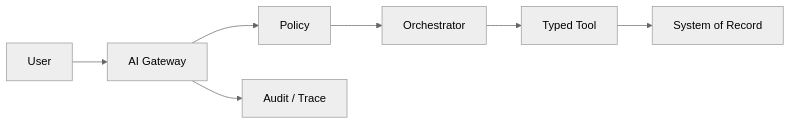
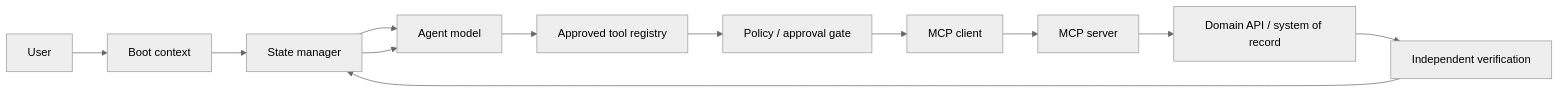
One commit to phasselbring/enterprise-ai-patterns changed the second of 3 diagrams in docs/architecture.md. Above: the diagram before and after it, drawn with Mermaid (neutral theme). The commit also changed other lines of this file and 44 other files, not shown here.

Commit message:
Add production RAG, agent, MCP, and evaluation patterns

````diff
--- a/docs/architecture.md
+++ b/docs/architecture.md
@@ -18,9 +23,14 @@
 ```mermaid
 flowchart LR
-    U[User] --> G[AI Gateway]
-    G --> P[Policy]
-    P --> O[Orchestrator]
-    O --> T[Typed Tool]
-    T --> S[System of Record]
-    G --> X[Audit / Trace]
+    U[User] --> B[Boot context]
+    B --> S[State manager]
+    S --> M[Agent model]
+    M --> TR[Approved tool registry]
+    TR --> P[Policy / approval gate]
+    P --> MC[MCP client]
+    MC --> MS[MCP server]
+    MS --> D[Domain API / system of record]
+    D --> V[Independent verification]
+    V --> S
+    S --> M
 ```
````
